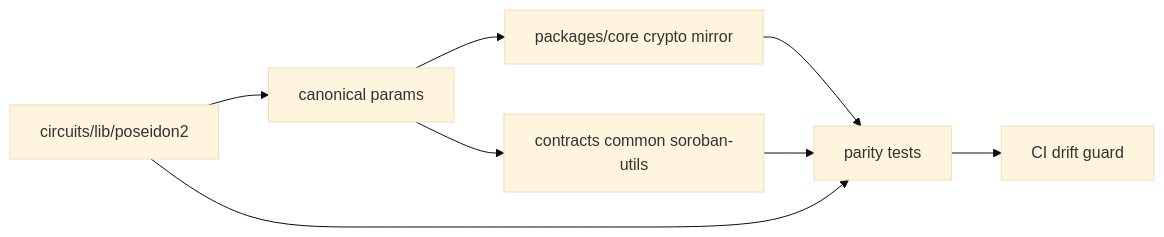
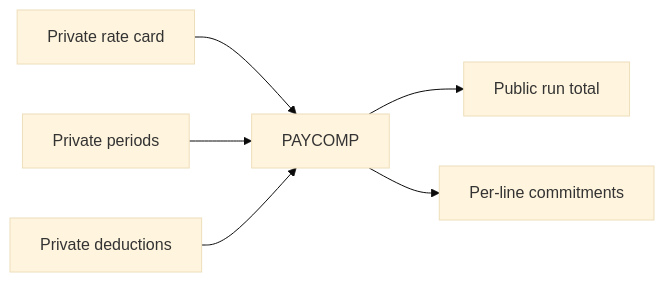
One commit to akash-mondal/benzo changed diagram 11 of 17 in README.md. Above: the diagram before and after it, drawn with Mermaid (base theme). The commit also changed other lines of this file, not shown here.

````diff
--- a/README.md
+++ b/README.md
@@ -481,10 +287,8 @@
 ```mermaid
 flowchart LR
-  Circom["circuits/lib/poseidon2"] --> Params["canonical params"]
-  Params --> TS["packages/core crypto mirror"]
-  Params --> Rust["contracts common soroban-utils"]
-  TS --> Tests["parity tests"]
-  Rust --> Tests
-  Circom --> Tests
-  Tests --> CI["CI drift guard"]
+  Rates["Private rate card"] --> Circuit["PAYCOMP"]
+  Periods["Private periods"] --> Circuit
+  Deductions["Private deductions"] --> Circuit
+  Circuit --> Total["Public run total"]
+  Circuit --> Commitments["Per-line commitments"]
 ```
````
